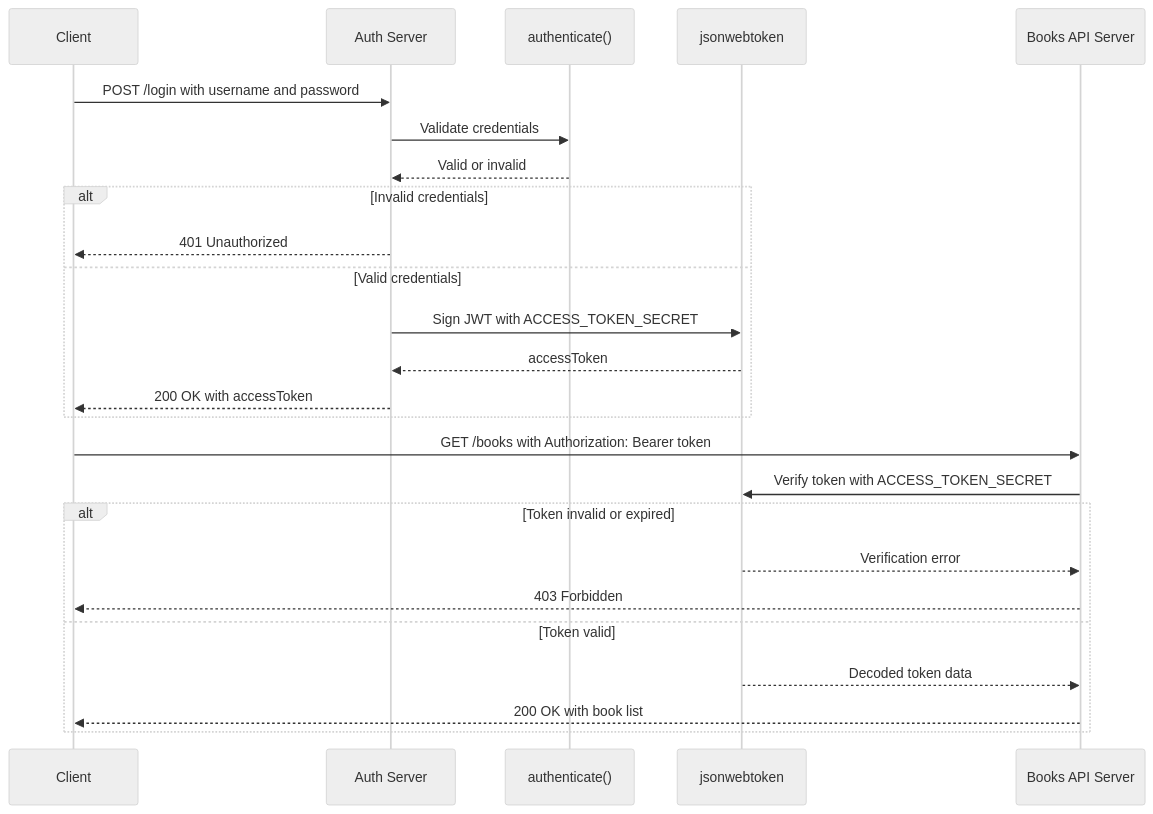
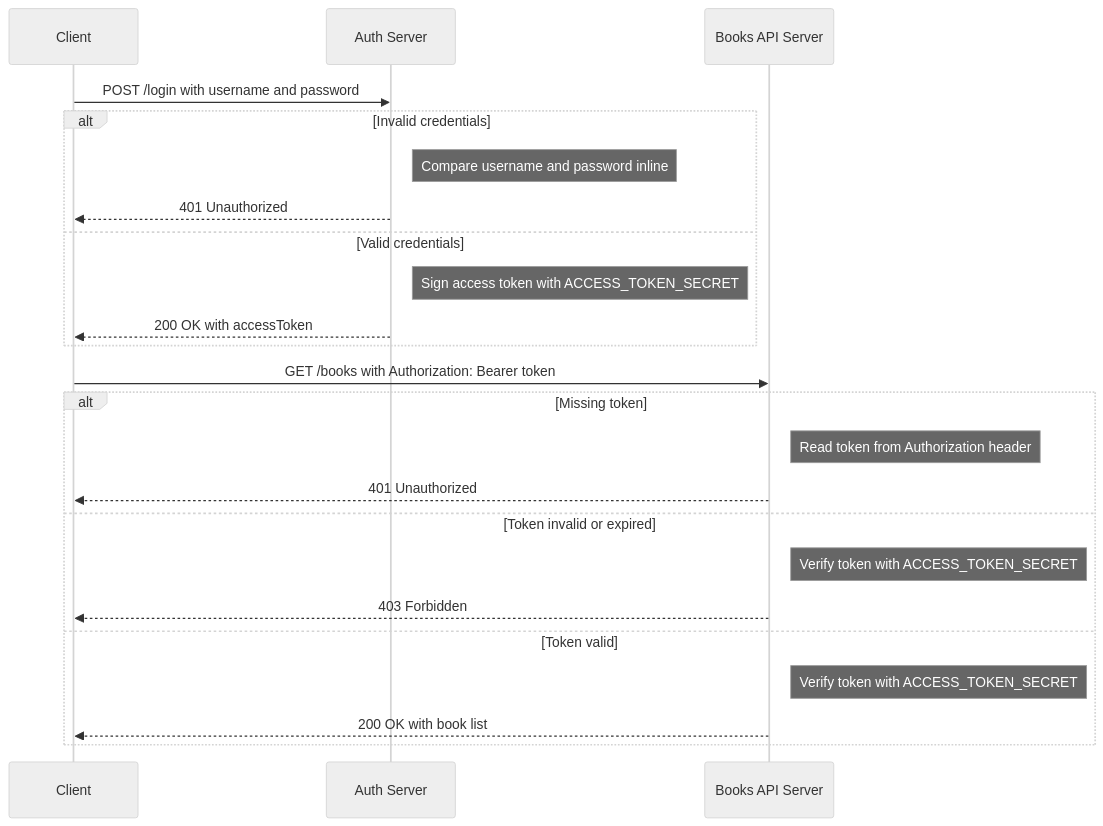
The diagram in README.md (thangphan3000/jwt), drawn with Mermaid (neutral theme) before and after one commit.

Commit message:
docs(readme): clarify request flow diagram

````diff
--- a/README.md
+++ b/README.md
@@ -109,31 +109,29 @@
 ```mermaid
 sequenceDiagram
     participant Client
     participant AuthServer as Auth Server
-    participant Auth as authenticate()
-    participant JWT as jsonwebtoken
     participant Books as Books API Server
 
     Client->>AuthServer: POST /login with username and password
-    AuthServer->>Auth: Validate credentials
-    Auth-->>AuthServer: Valid or invalid
 
     alt Invalid credentials
+        Note right of AuthServer: Compare username and password inline
         AuthServer-->>Client: 401 Unauthorized
     else Valid credentials
-        AuthServer->>JWT: Sign JWT with ACCESS_TOKEN_SECRET
-        JWT-->>AuthServer: accessToken
+        Note right of AuthServer: Sign access token with ACCESS_TOKEN_SECRET
         AuthServer-->>Client: 200 OK with accessToken
     end
 
     Client->>Books: GET /books with Authorization: Bearer token
-    Books->>JWT: Verify token with ACCESS_TOKEN_SECRET
 
-    alt Token invalid or expired
-        JWT-->>Books: Verification error
+    alt Missing token
+        Note right of Books: Read token from Authorization header
+        Books-->>Client: 401 Unauthorized
+    else Token invalid or expired
+        Note right of Books: Verify token with ACCESS_TOKEN_SECRET
         Books-->>Client: 403 Forbidden
     else Token valid
-        JWT-->>Books: Decoded token data
+        Note right of Books: Verify token with ACCESS_TOKEN_SECRET
         Books-->>Client: 200 OK with book list
     end
 ```
````
